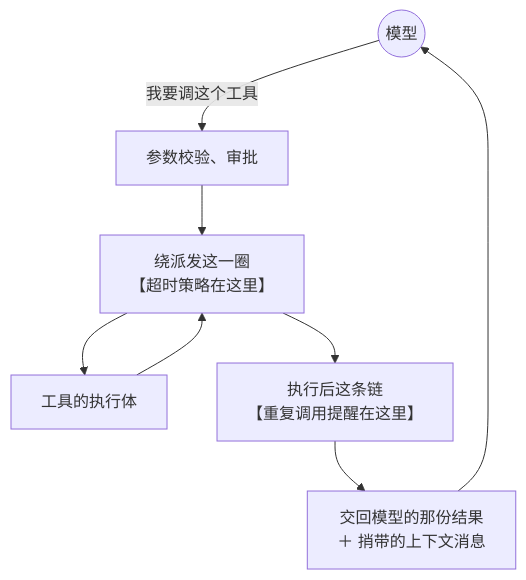
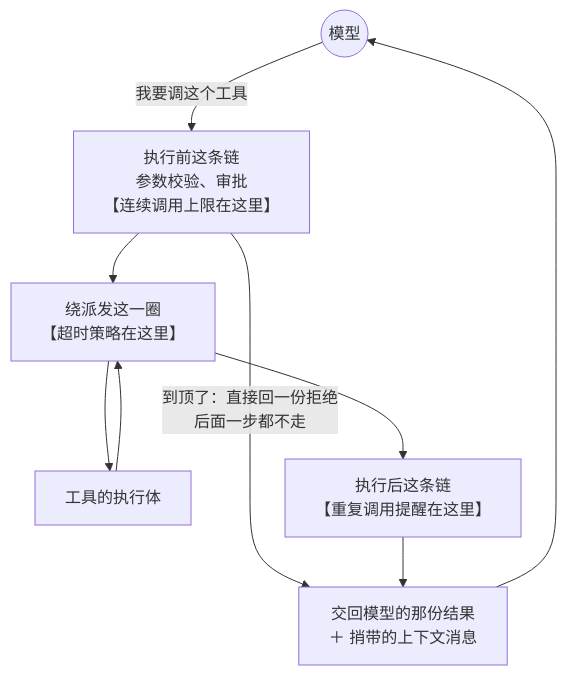
The seventh of 38 diagrams in docs/modules/guards.md (snight1983/ds-harness-go), drawn with Mermaid before and after one commit. The commit also changed other lines of this file and 50 other files, not shown here.

First line of the commit message:
feat: 完善会话持久化、图片请求与工具防护

````diff
--- a/docs/modules/guards.md
+++ b/docs/modules/guards.md
@@ -65,10 +87,11 @@
 ```mermaid
 flowchart TD
-    M(("模型")) -->|"我要调这个工具"| PRE["参数校验、审批"]
+    M(("模型")) -->|"我要调这个工具"| PRE["执行前这条链<br/>参数校验、审批<br/>【连续调用上限在这里】"]
+    PRE -->|"到顶了：直接回一份拒绝<br/>后面一步都不走"| RES
     PRE --> AROUND["绕派发这一圈<br/>【超时策略在这里】"]
     AROUND --> EXEC["工具的执行体"]
     EXEC --> AROUND
     AROUND --> POST["执行后这条链<br/>【重复调用提醒在这里】"]
     POST --> RES["交回模型的那份结果<br/>＋ 捎带的上下文消息"]
     RES --> M
 ```
````
